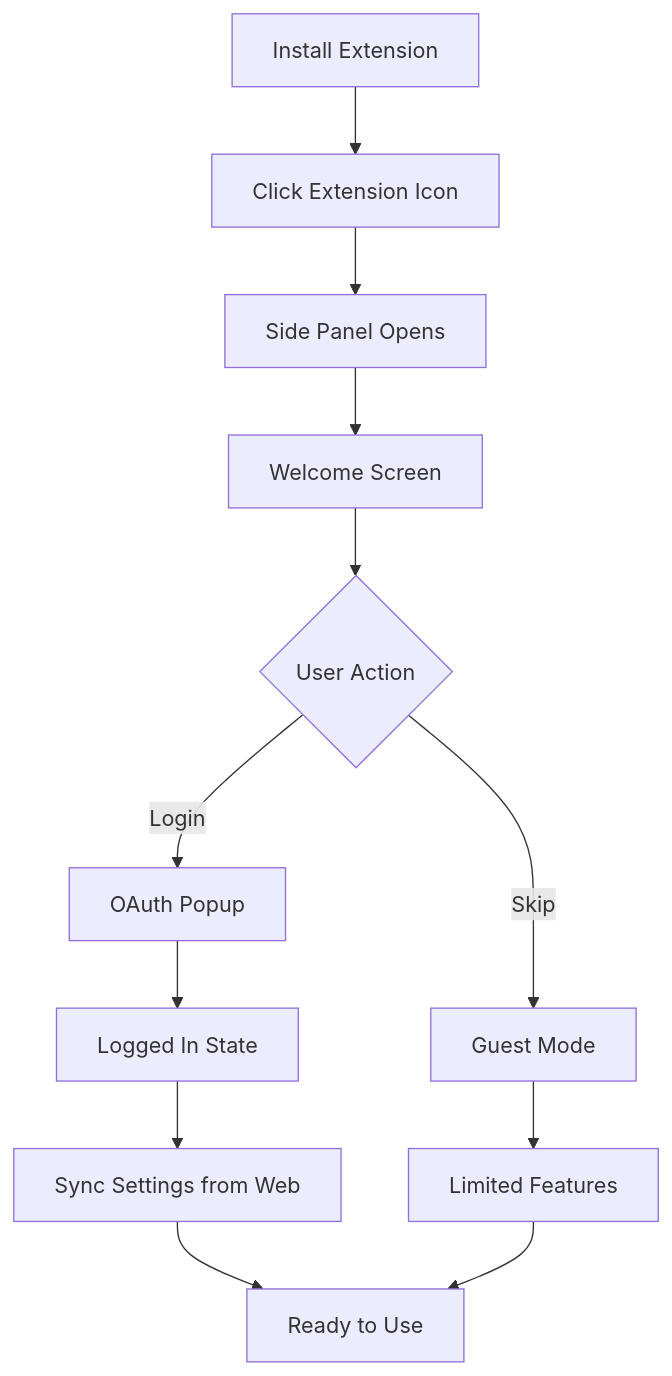
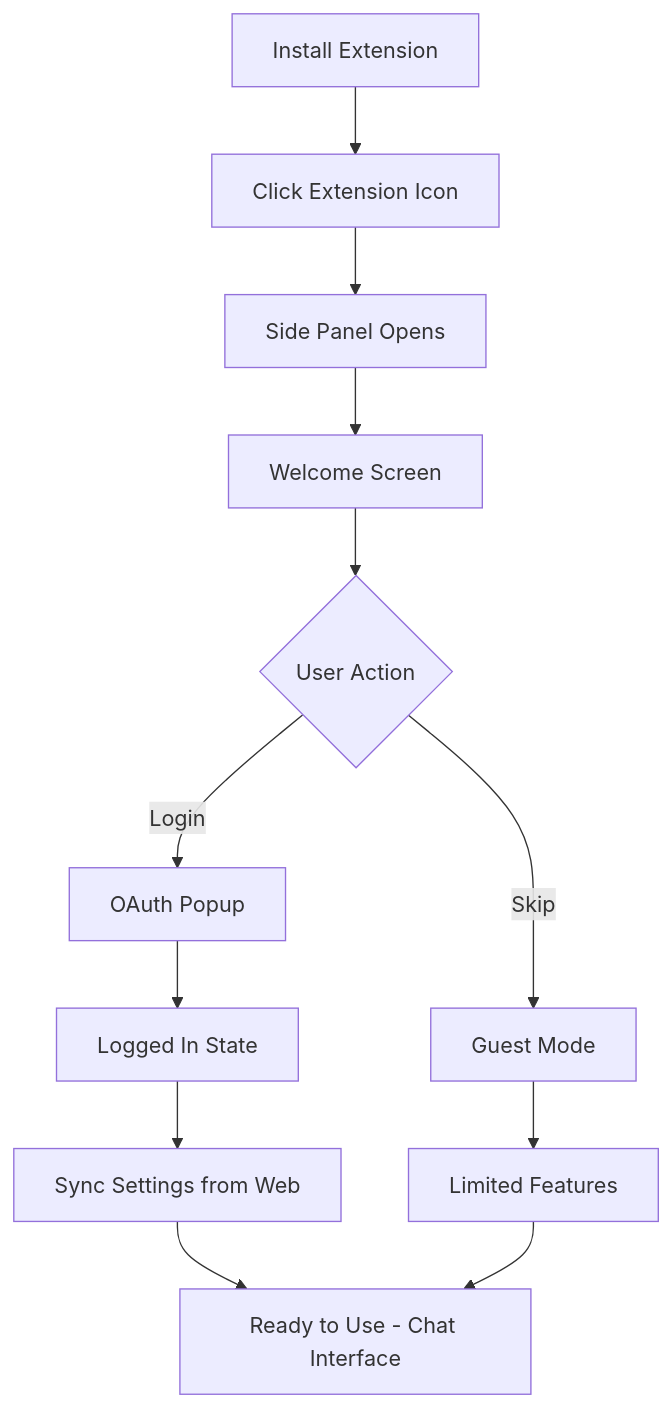
Before and after one commit to deptrai/SurfSense: the first of 4 diagrams in _bmad-output/ux-design/extension-ux-design.md, drawn with Mermaid. The commit also changed other lines of this file and 57 other files, not shown here.

````diff
--- a/_bmad-output/ux-design/extension-ux-design.md
+++ b/_bmad-output/ux-design/extension-ux-design.md
@@ -64,14 +205,14 @@
 ```mermaid
 graph TD
     A[Install Extension] --> B[Click Extension Icon]
     B --> C[Side Panel Opens]
     C --> D[Welcome Screen]
     D --> E{User Action}
     E -->|Login| F[OAuth Popup]
     E -->|Skip| G[Guest Mode]
     F --> H[Logged In State]
     G --> I[Limited Features]
     H --> J[Sync Settings from Web]
-    J --> K[Ready to Use]
+    J --> K[Ready to Use - Chat Interface]
     I --> K
 ```
````
